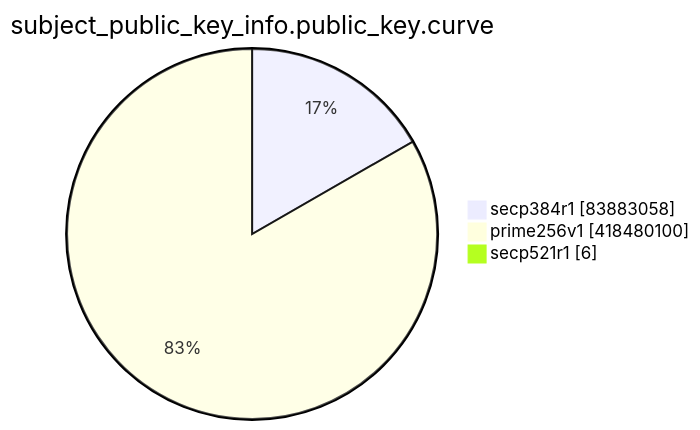
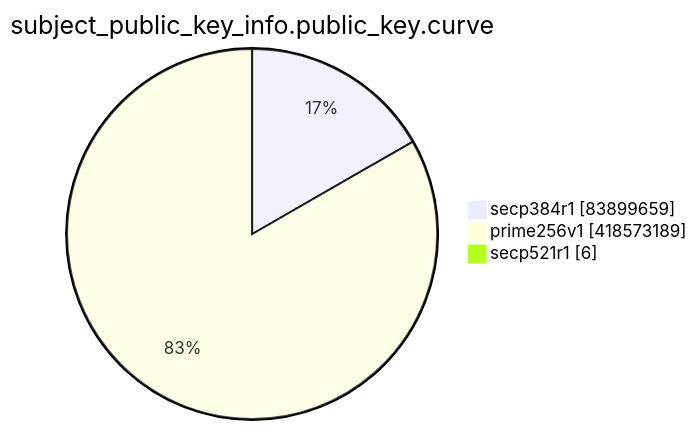
One commit to christiankrug/ctmonitor_visualization changed the eighth of 15 diagrams in TOTAL/README.md. Above: the diagram before and after it, drawn with Mermaid. The commit also changed other lines of this file, not shown here.

````diff
--- a/TOTAL/README.md
+++ b/TOTAL/README.md
@@ -3099,7 +3099,7 @@
 ```mermaid
 pie showData
 title subject_public_key_info.public_key.curve
-"secp384r1" :83883058
-"prime256v1" :418480100
+"secp384r1" :83899659
+"prime256v1" :418573189
 "secp521r1" :6
 ```
````
